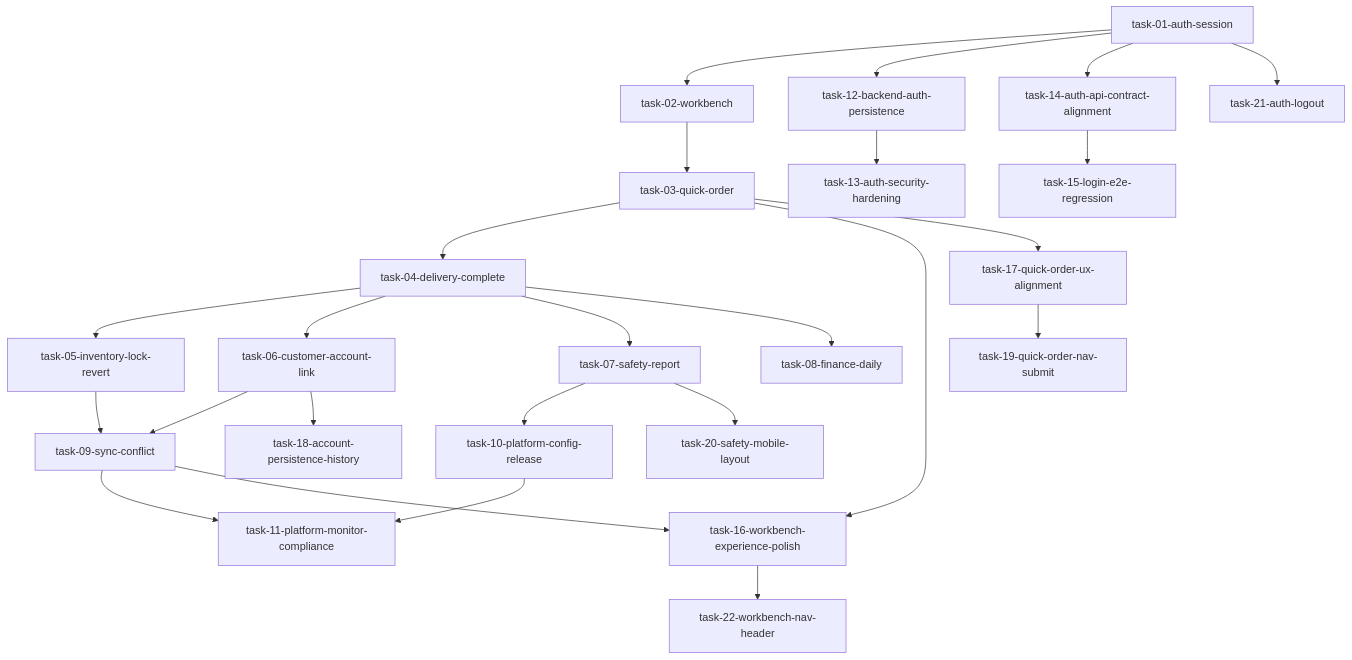
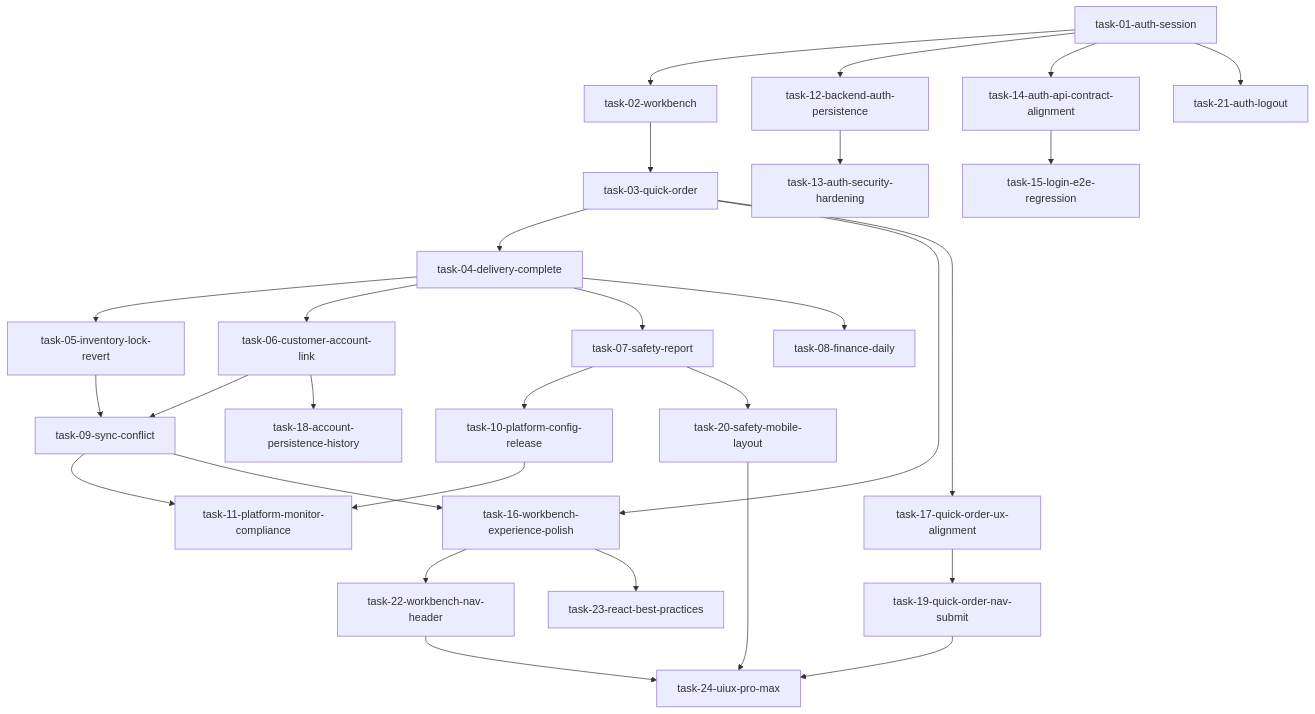
The diagram in .trellis/tasks/feature-task-map.md (PojoZheng/lpg_gas_project), drawn with Mermaid before and after one commit. The commit also changed other lines of this file and 3 other files, not shown here.

Commit message:
feat(trellis): add task 23 react best-practices audit and task 24 impeccable-led ui redesign

````diff
--- a/.trellis/tasks/feature-task-map.md
+++ b/.trellis/tasks/feature-task-map.md
@@ -23,27 +25,31 @@
 ```mermaid
 flowchart TD
 t01[task-01-auth-session] --> t02[task-02-workbench]
 t02 --> t03[task-03-quick-order]
 t03 --> t04[task-04-delivery-complete]
 t04 --> t05[task-05-inventory-lock-revert]
 t04 --> t06[task-06-customer-account-link]
 t04 --> t07[task-07-safety-report]
 t04 --> t08[task-08-finance-daily]
 t05 --> t09[task-09-sync-conflict]
 t06 --> t09
 t07 --> t10[task-10-platform-config-release]
 t09 --> t11[task-11-platform-monitor-compliance]
 t10 --> t11
 t01 --> t12[task-12-backend-auth-persistence]
 t12 --> t13[task-13-auth-security-hardening]
 t01 --> t14[task-14-auth-api-contract-alignment]
 t14 --> t15[task-15-login-e2e-regression]
 t03 --> t16[task-16-workbench-experience-polish]
 t09 --> t16
 t03 --> t17[task-17-quick-order-ux-alignment]
 t06 --> t18[task-18-account-persistence-history]
 t17 --> t19[task-19-quick-order-nav-submit]
 t07 --> t20[task-20-safety-mobile-layout]
 t01 --> t21[task-21-auth-logout]
 t16 --> t22[task-22-workbench-nav-header]
+t16 --> t23[task-23-react-best-practices]
+t19 --> t24[task-24-uiux-pro-max]
+t20 --> t24
+t22 --> t24
 ```
````
